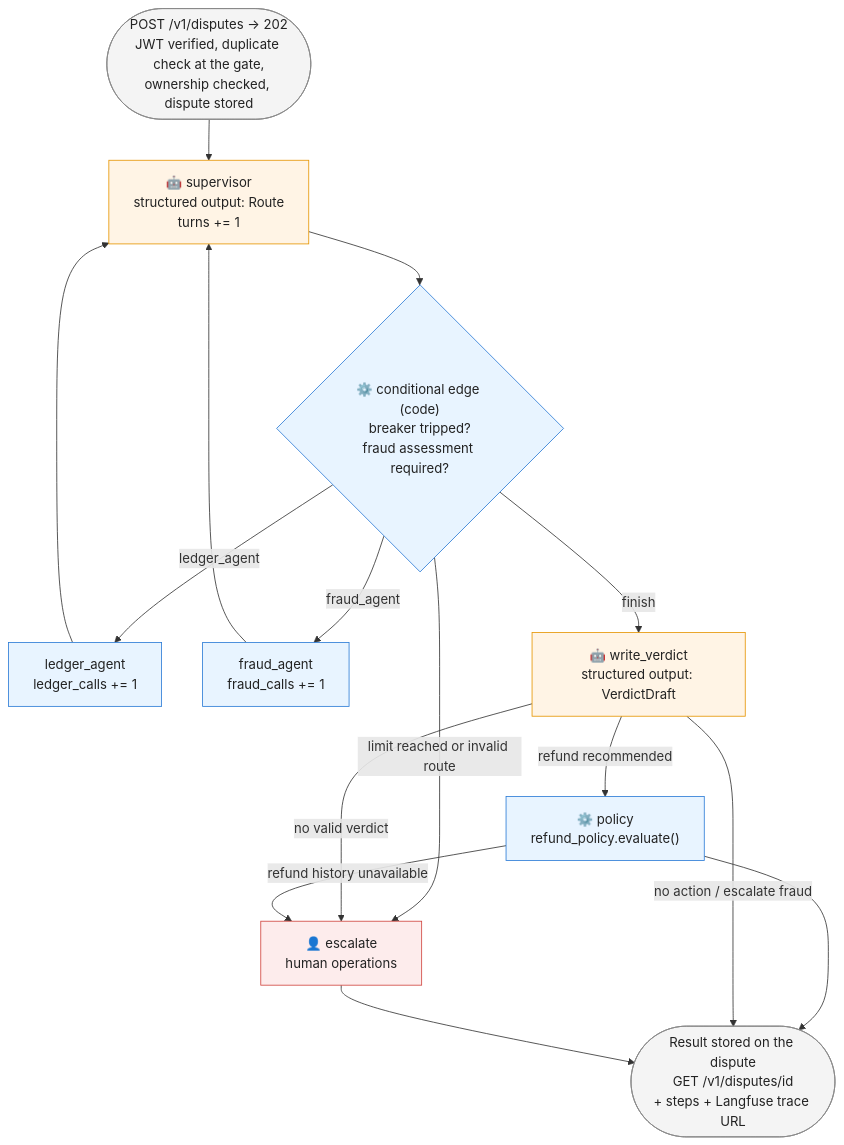
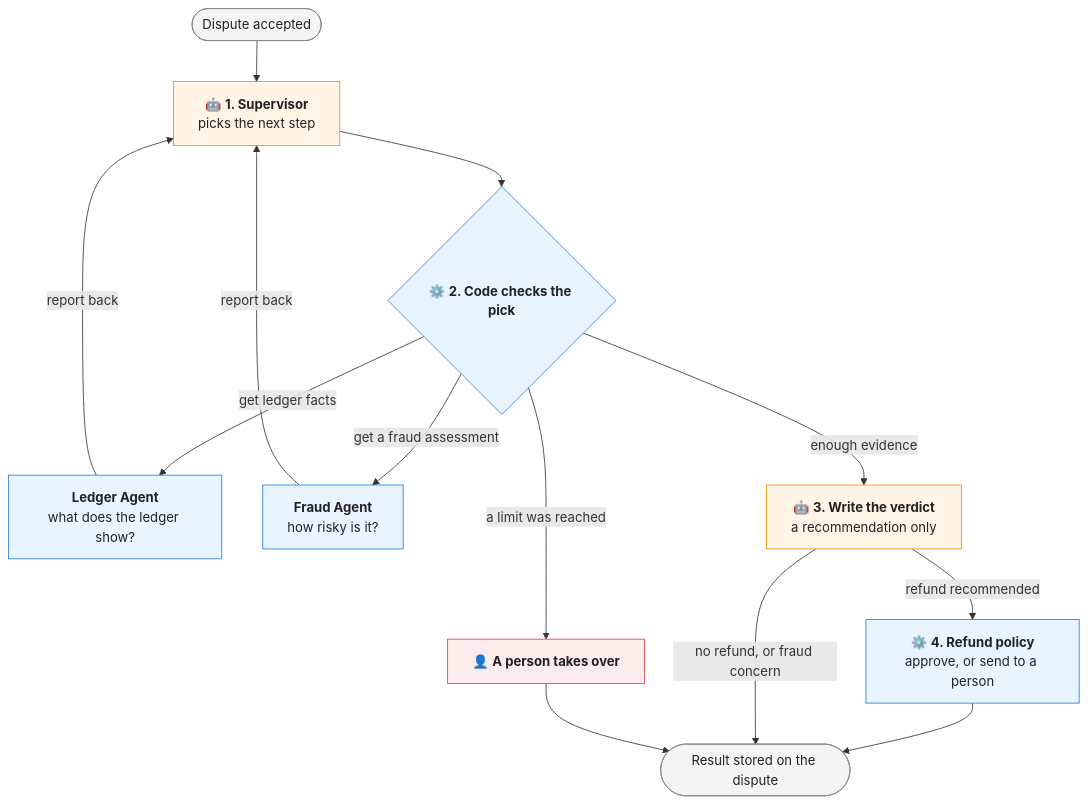
One commit to mangeleth/nequi-bank-agent-demo changed the third of 4 diagrams in README.md. Above: the diagram before and after it, drawn with Mermaid. The commit also changed other lines of this file and 2 other files, not shown here.

First line of the commit message:
README: refunds flow first, simpler supervisor diagram; evaluation after the groundedness rule

````diff
--- a/README.md
+++ b/README.md
@@ -79,32 +129,32 @@
 ```mermaid
 flowchart TD
-    start(["POST /v1/disputes → 202<br/>JWT verified, duplicate check at the gate,<br/>ownership checked, dispute stored"])
-    supervisor["🤖 supervisor<br/>structured output: Route<br/>turns += 1"]
-    edge{"⚙️ conditional edge (code)<br/>breaker tripped?<br/>fraud assessment required?"}
-    ledger["ledger_agent<br/>ledger_calls += 1"]
-    fraud["fraud_agent<br/>fraud_calls += 1"]
-    verdict["🤖 write_verdict<br/>structured output: VerdictDraft"]
-    policy["⚙️ policy<br/>refund_policy.evaluate()"]
-    escalate["👤 escalate<br/>human operations"]
-    done(["Result stored on the dispute<br/>GET /v1/disputes/id<br/>+ steps + Langfuse trace URL"])
+    start(["Dispute accepted"])
+    supervisor["🤖 <b>1. Supervisor</b><br/>picks the next step"]
+    check{"⚙️ <b>2. Code checks the pick</b>"}
+    ledger["<b>Ledger Agent</b><br/>what does the ledger show?"]
+    fraud["<b>Fraud Agent</b><br/>how risky is it?"]
+    verdict["🤖 <b>3. Write the verdict</b><br/>a recommendation only"]
+    policy["⚙️ <b>4. Refund policy</b><br/>approve, or send to a person"]
+    person["👤 <b>A person takes over</b>"]
+    done(["Result stored on the dispute"])
 
-    start --> supervisor --> edge
-    edge -- "ledger_agent" --> ledger --> supervisor
-    edge -- "fraud_agent" --> fraud --> supervisor
-    edge -- "finish" --> verdict
-    edge -- "limit reached or invalid route" --> escalate
+    start --> supervisor --> check
+    check -- "get ledger facts" --> ledger
+    check -- "get a fraud assessment" --> fraud
+    ledger -- "report back" --> supervisor
+    fraud -- "report back" --> supervisor
+    check -- "enough evidence" --> verdict
+    check -- "a limit was reached" --> person
     verdict -- "refund recommended" --> policy --> done
-    verdict -- "no action / escalate fraud" --> done
-    verdict -- "no valid verdict" --> escalate
-    policy -- "refund history unavailable" --> escalate
-    escalate --> done
+    verdict -- "no refund, or fraud concern" --> done
+    person --> done
 
     classDef llm fill:#fff4e5,stroke:#e69500,color:#222
     classDef det fill:#e8f4ff,stroke:#2b7bd6,color:#222
     classDef data fill:#f4f4f4,stroke:#888,color:#222
     classDef review fill:#fdecec,stroke:#d0453f,color:#222
     class supervisor,verdict llm
-    class edge,policy,ledger,fraud det
+    class check,policy,ledger,fraud det
     class start,done data
-    class escalate review
+    class person review
 ```
````
